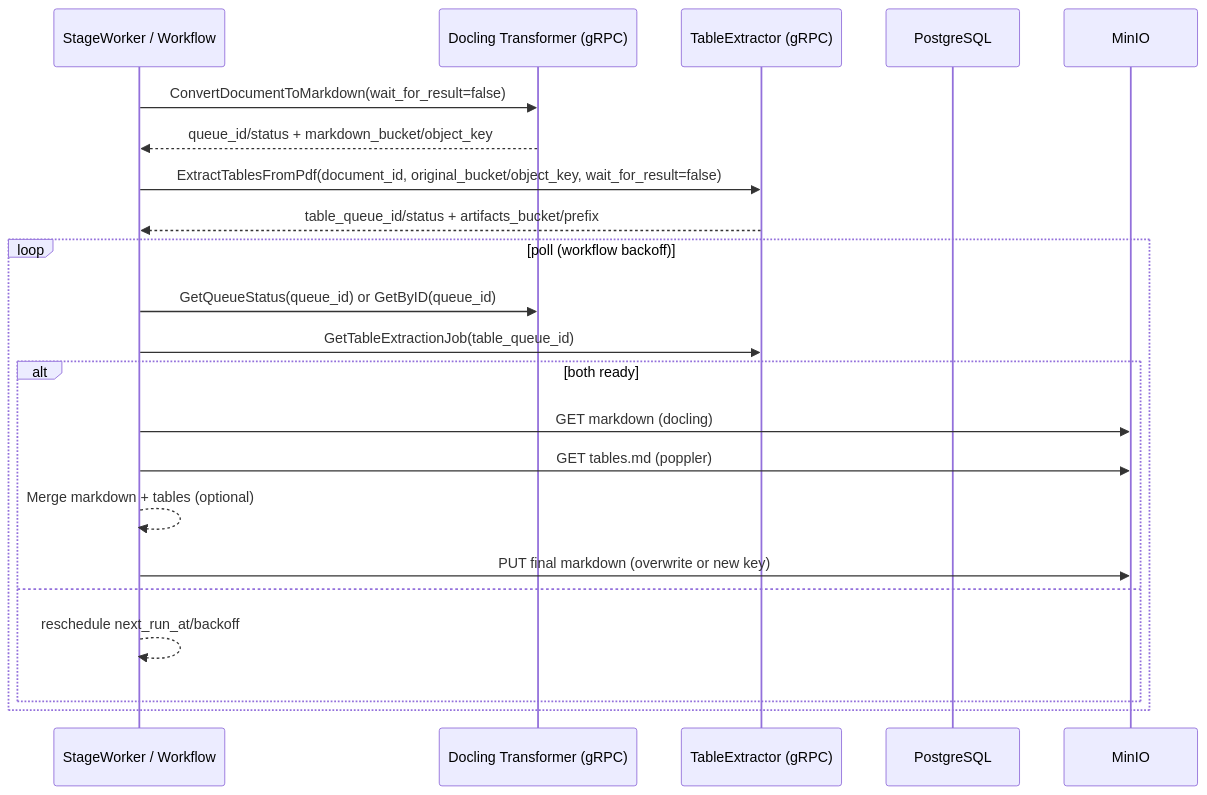
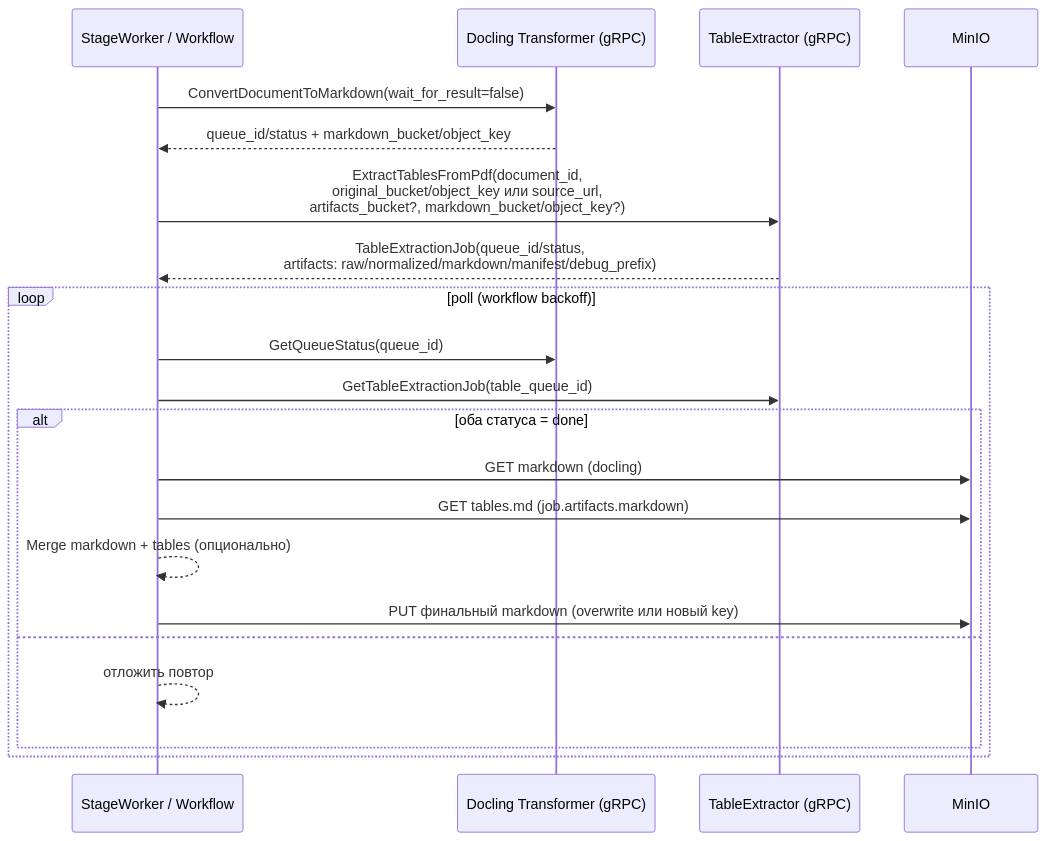
Before and after one commit to FedorovTeam/mono-repo: the fourth of 4 diagrams in backend/table-extractor-service/sequence.md, drawn with Mermaid. The commit also changed other lines of this file, not shown here.

Commit message:
Update table extractor sequence diagram

````diff
--- a/backend/table-extractor-service/sequence.md
+++ b/backend/table-extractor-service/sequence.md
@@ -133,28 +120,26 @@
 ```mermaid
 sequenceDiagram
     participant SW as StageWorker / Workflow
     participant TR as Docling Transformer (gRPC)
     participant TE as TableExtractor (gRPC)
-    participant PG as PostgreSQL
     participant MN as MinIO
 
     SW->>TR: ConvertDocumentToMarkdown(wait_for_result=false)
     TR-->>SW: queue_id/status + markdown_bucket/object_key
 
-    SW->>TE: ExtractTablesFromPdf(document_id, original_bucket/object_key, wait_for_result=false)
-    TE-->>SW: table_queue_id/status + artifacts_bucket/prefix
+    SW->>TE: ExtractTablesFromPdf(document_id,<br/>original_bucket/object_key или source_url,<br/>artifacts_bucket?, markdown_bucket/object_key?)
+    TE-->>SW: TableExtractionJob(queue_id/status,<br/>artifacts: raw/normalized/markdown/manifest/debug_prefix)
 
     loop poll (workflow backoff)
-        SW->>TR: GetQueueStatus(queue_id) or GetByID(queue_id)
+        SW->>TR: GetQueueStatus(queue_id)
         SW->>TE: GetTableExtractionJob(table_queue_id)
-        alt both ready
+        alt оба статуса = done
             SW->>MN: GET markdown (docling)
-            SW->>MN: GET tables.md (poppler)
-            SW-->>SW: Merge markdown + tables (optional)
-            SW->>MN: PUT final markdown (overwrite or new key)
+            SW->>MN: GET tables.md (job.artifacts.markdown)
+            SW-->>SW: Merge markdown + tables (опционально)
+            SW->>MN: PUT финальный markdown (overwrite или новый key)
         else
-            SW-->>SW: reschedule next_run_at/backoff
+            SW-->>SW: отложить повтор
         end
     end
-
 ```
````
